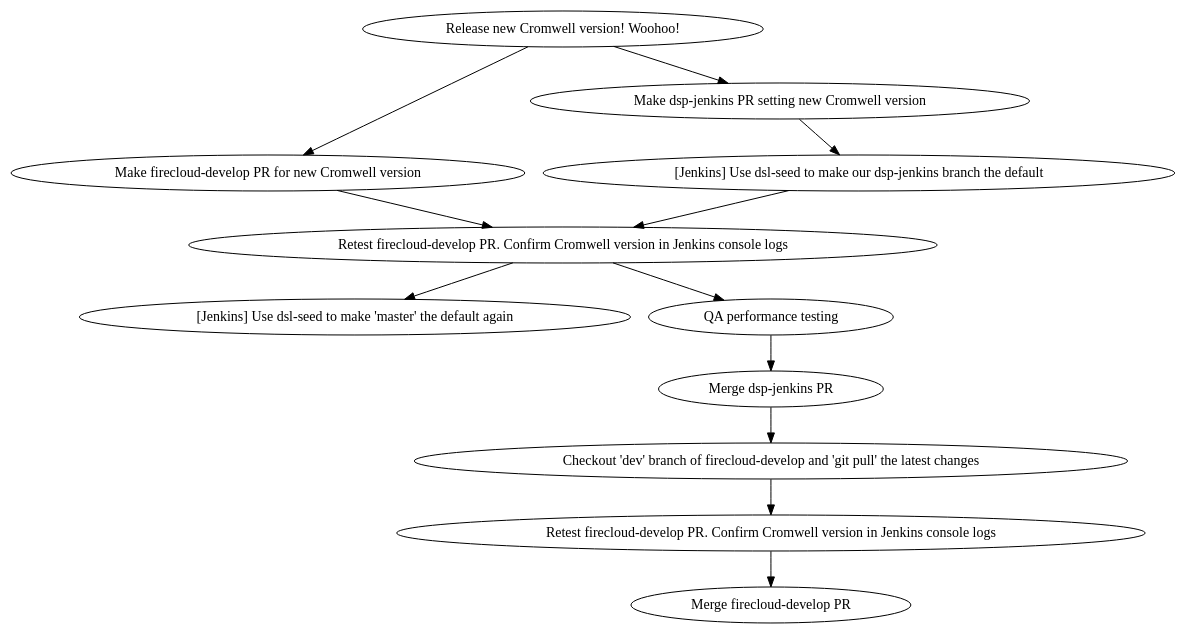
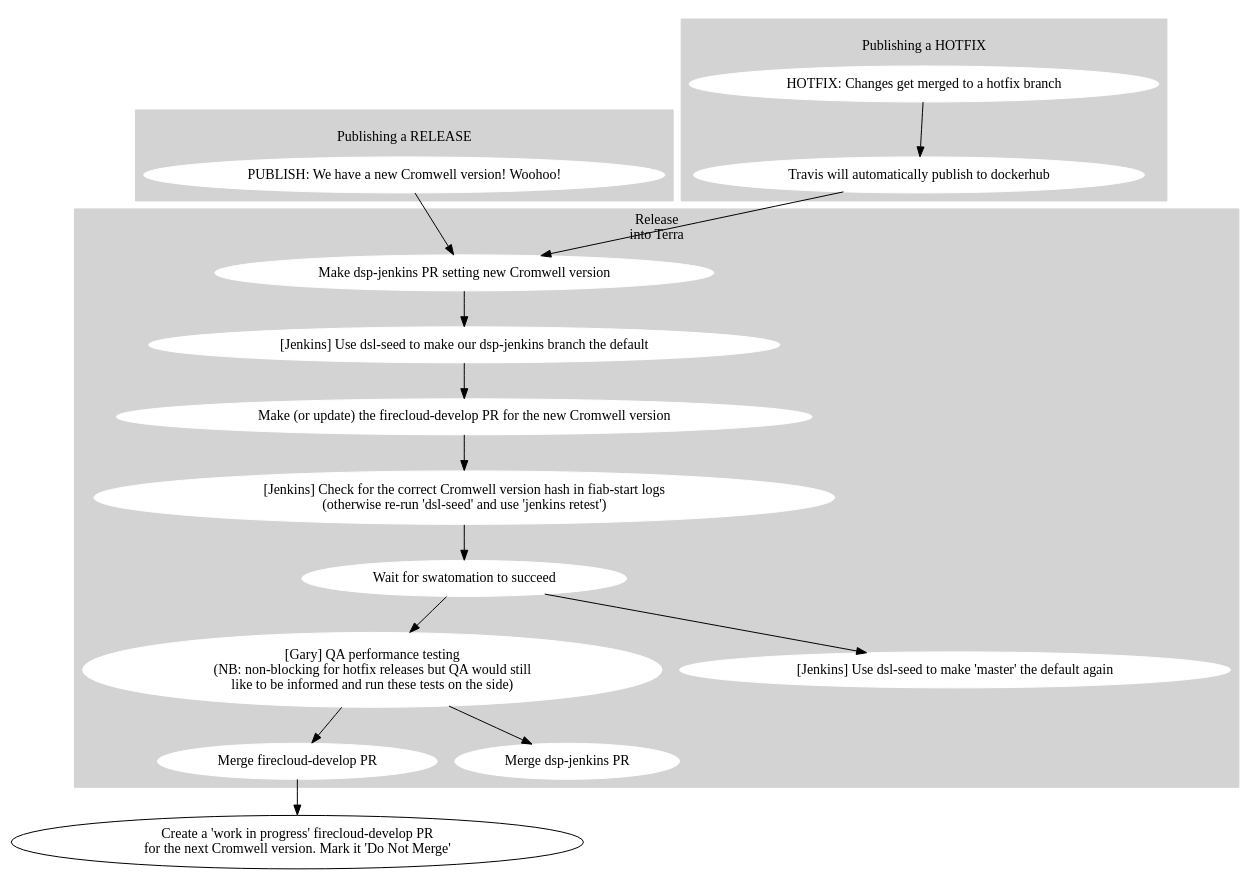
Before and after one commit to broadinstitute/cromwell: the diagram in scripts/release_processes/firecloud-develop.dot, drawn with Graphviz. The commit also changed 5 other files, not shown here.

Commit message:
Refactor publish/release graphs (#4962)

```diff
--- a/scripts/release_processes/firecloud-develop.dot
+++ b/scripts/release_processes/firecloud-develop.dot
@@ -1,41 +1,70 @@
 digraph {
 
   # Nodes
 
-  release_cromwell [shape=oval label="Release new Cromwell version! Woohoo!"];
+  subgraph cluster_0 {
+    label="\lPublishing a RELEASE"
+    style=filled
+    node [style=filled,color=white];
+    color="lightgrey"
 
-  fcdev_branch [shape=oval label="Make firecloud-develop PR for new Cromwell version"];
-  fcdev_test [shape=oval label="Retest firecloud-develop PR. Confirm Cromwell version in Jenkins console logs"];
-  fcdev_update_dev [shape=oval label="Checkout 'dev' branch of firecloud-develop and 'git pull' the latest changes"];
-  fcdev_final_swatomation [shape=oval label="Retest firecloud-develop PR. Confirm Cromwell version in Jenkins console logs"];
-  fcdev_merge [shape=oval label="Merge firecloud-develop PR"];
+    release_cromwell [shape=oval label="PUBLISH: We have a new Cromwell version! Woohoo!"];
+  }
 
-  dspjenkins_PR [shape=oval label="Make dsp-jenkins PR setting new Cromwell version"];
-  dspjenkins_merge [shape=oval label="Merge dsp-jenkins PR"];
+  subgraph cluster_1 {
+    label="\lPublishing a HOTFIX"
+    style=filled
+    node [style=filled,color=white];
+    color="lightgrey"
 
-  jenkins_set [shape=oval label="[Jenkins] Use dsl-seed to make our dsp-jenkins branch the default"];
-  jenkins_reset [shape=oval label="[Jenkins] Use dsl-seed to make 'master' the default again"];
+    hotfix_changes [shape=oval label="HOTFIX: Changes get merged to a hotfix branch"];
+    publish_hotfix [shape=oval label="Travis will automatically publish to dockerhub"];
+  }
 
-  qa_perf [shape=oval label="QA performance testing"];
+  subgraph cluster_2 {
+    label="Release\ninto Terra"
+    style=filled
+    node [style=filled,color=white];
+    color="lightgrey"
+
+    fcdev_pr [shape=oval label="Make (or update) the firecloud-develop PR for the new Cromwell version"];
+    confirm_cromwell_v [shape=oval label="[Jenkins] Check for the correct Cromwell version hash in fiab-start logs\n(otherwise re-run 'dsl-seed' and use 'jenkins retest')"];
+    confirm_cromwell_v [shape=oval label="[Jenkins] Check for the correct Cromwell version hash in fiab-start logs\n(otherwise re-run 'dsl-seed' and use 'jenkins retest')"];
+    fcdev_success [shape=oval label="Wait for swatomation to succeed"];
+
+    fcdev_merge [shape=oval label="Merge firecloud-develop PR"];
+
+    dspjenkins_PR [shape=oval label="Make dsp-jenkins PR setting new Cromwell version"];
+    dspjenkins_merge [shape=oval label="Merge dsp-jenkins PR"];
+
+    qa_perf [shape=oval label="[Gary] QA performance testing\n(NB: non-blocking for hotfix releases but QA would still\nlike to be informed and run these tests on the side)"];
+
+    jenkins_set [shape=oval label="[Jenkins] Use dsl-seed to make our dsp-jenkins branch the default"];
+    jenkins_reset [shape=oval label="[Jenkins] Use dsl-seed to make 'master' the default again"];
+
+  }
+
+  fcdev_upnext [shape=oval label="Create a 'work in progress' firecloud-develop PR\nfor the next Cromwell version. Mark it 'Do Not Merge'"];
 
   # Edges
 
-  release_cromwell -> fcdev_branch
+  hotfix_changes -> publish_hotfix
+  publish_hotfix -> dspjenkins_PR
+
   release_cromwell -> dspjenkins_PR
 
-  fcdev_branch -> fcdev_test
+  fcdev_pr -> confirm_cromwell_v
 
   dspjenkins_PR -> jenkins_set
 
-  jenkins_set -> fcdev_test
+  jenkins_set -> fcdev_pr
+  confirm_cromwell_v -> fcdev_success
 
-  fcdev_test -> jenkins_reset
-
-  fcdev_test -> qa_perf
+  fcdev_success -> jenkins_reset
+  fcdev_success -> qa_perf
 
   qa_perf -> dspjenkins_merge
+  qa_perf -> fcdev_merge
 
-  dspjenkins_merge -> fcdev_update_dev
-  fcdev_update_dev -> fcdev_final_swatomation
-  fcdev_final_swatomation -> fcdev_merge
+  fcdev_merge -> fcdev_upnext
 }
```
